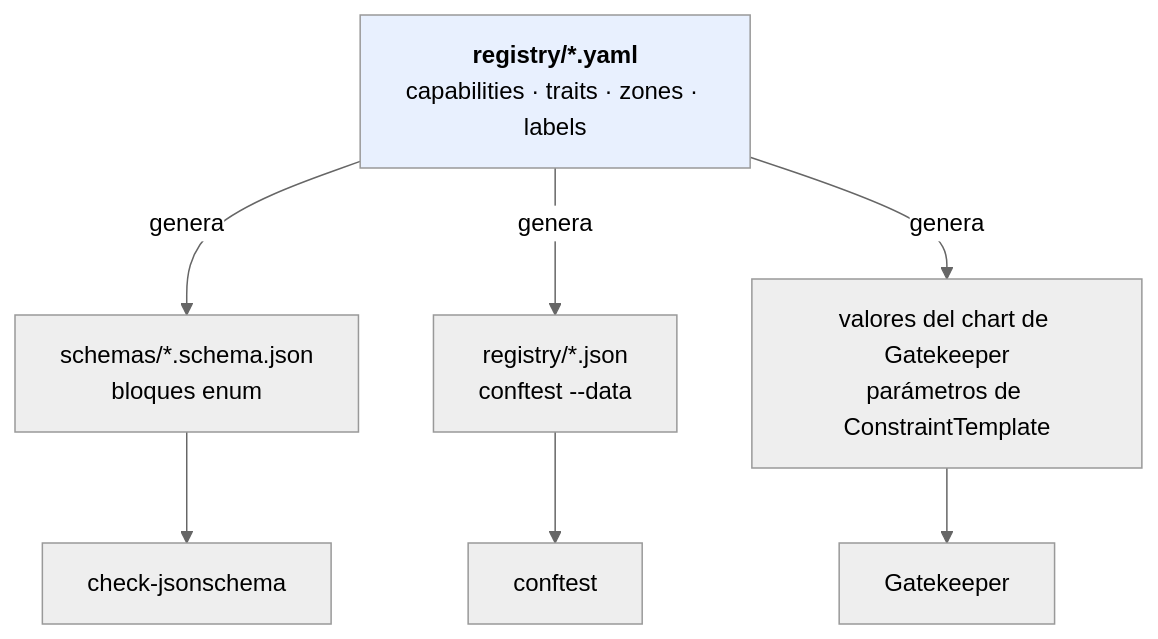
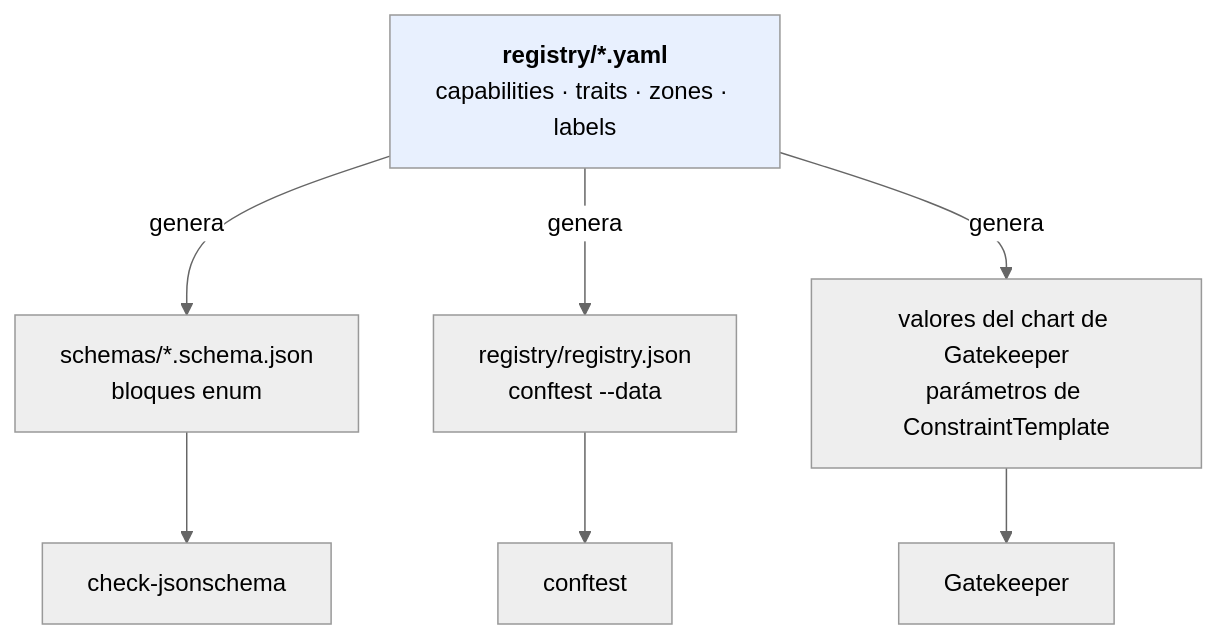
Diagram 15 of 19 in docs/es/platform-overview.md (aescanero/proposal_documents), drawn with Mermaid (neutral theme) before and after one commit. The commit also changed other lines of this file and 86 other files, not shown here.

````diff
--- a/docs/es/platform-overview.md
+++ b/docs/es/platform-overview.md
@@ -408,11 +408,11 @@
 ```mermaid
 flowchart TD
     REG["<b>registry/*.yaml</b><br/>capabilities · traits · zones · labels"]
     REG -->|genera| S["schemas/*.schema.json<br/>bloques enum"]
-    REG -->|genera| D["registry/*.json<br/>conftest --data"]
+    REG -->|genera| D["registry/registry.json<br/>conftest --data"]
     REG -->|genera| V["valores del chart de Gatekeeper<br/>parámetros de ConstraintTemplate"]
     S --> CK["check-jsonschema"]
     D --> CF["conftest"]
     V --> GK["Gatekeeper"]
     style REG fill:#e8f0fe
 ```
````
